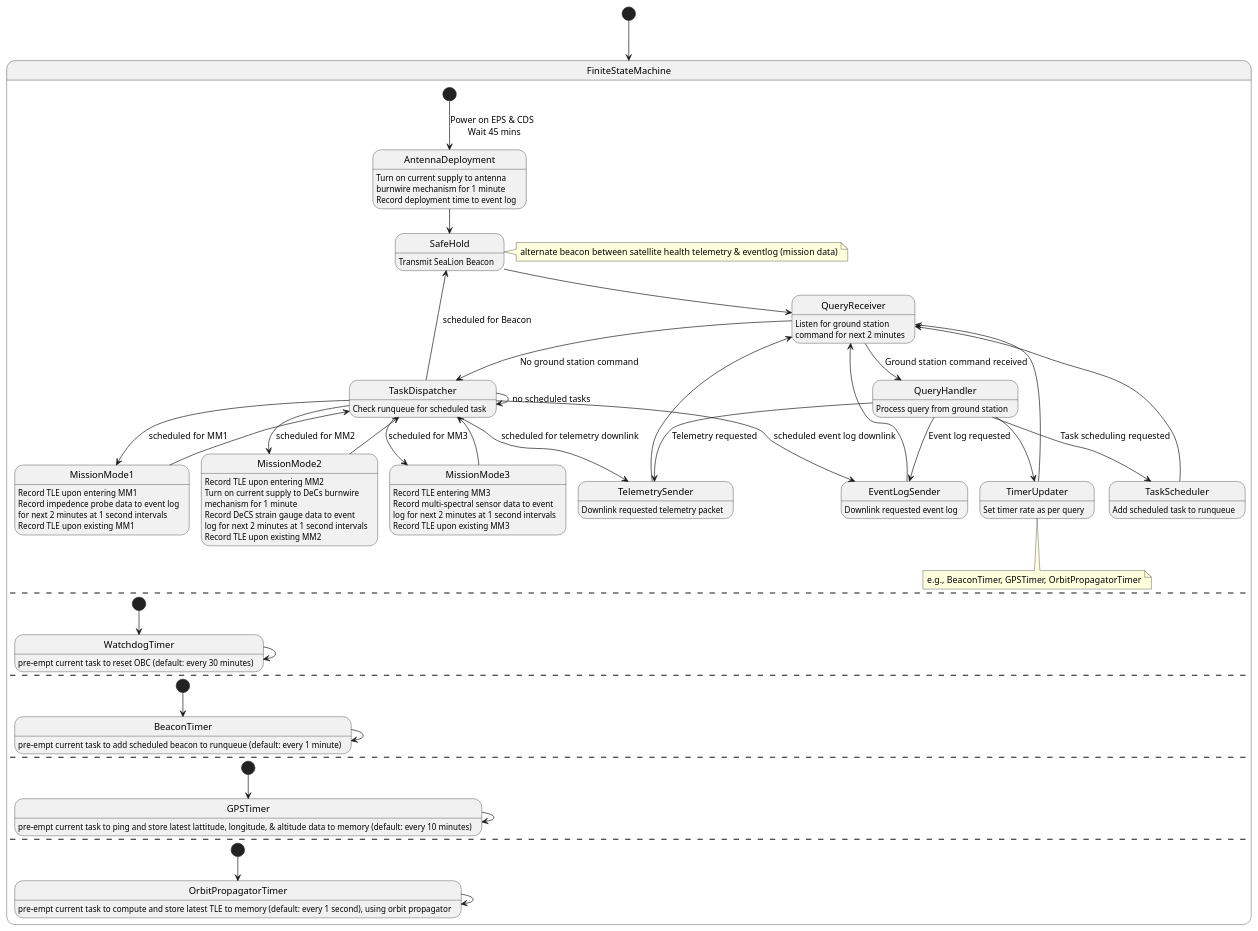
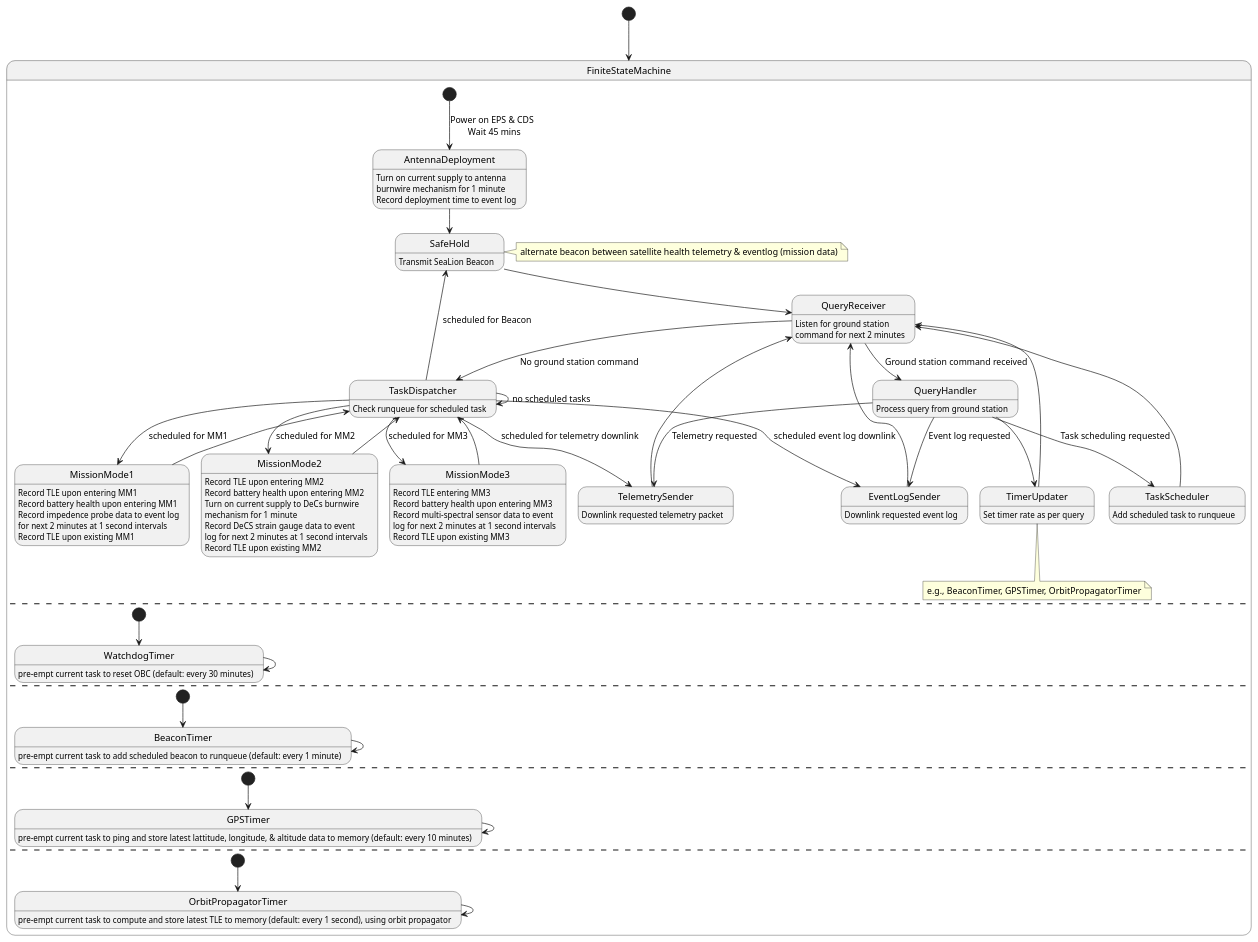
One commit to ODU-CGA-CubeSat/FSW changed the diagram in fsw-architecture/operating-mode-as-fsm.puml. Above: the diagram before and after it, drawn with PlantUML.

Commit message:
-Added activitty to record battery health upon entering mission mode

```diff
--- a/fsw-architecture/operating-mode-as-fsm.puml
+++ b/fsw-architecture/operating-mode-as-fsm.puml
@@ -1,90 +1,93 @@
 @startuml
 
 [*] --> FiniteStateMachine
 state FiniteStateMachine {
       state AntennaDeployment
             AntennaDeployment : Turn on current supply to antenna
             AntennaDeployment : burnwire mechanism for 1 minute
             AntennaDeployment : Record deployment time to event log
       state SafeHold
             SafeHold : Transmit SeaLion Beacon
       note right of SafeHold : alternate beacon between satellite health telemetry & eventlog (mission data)
       state QueryReceiver
             QueryReceiver : Listen for ground station
             QueryReceiver : command for next 2 minutes
       state TelemetrySender
             TelemetrySender : Downlink requested telemetry packet
       state EventLogSender
             EventLogSender : Downlink requested event log
       state TimerUpdater
       TimerUpdater : Set timer rate as per query
       note bottom of TimerUpdater : e.g., BeaconTimer, GPSTimer, OrbitPropagatorTimer
       state MissionMode1
             MissionMode1 : Record TLE upon entering MM1
+            MissionMode1 : Record battery health upon entering MM1
             MissionMode1 : Record impedence probe data to event log
             MissionMode1 : for next 2 minutes at 1 second intervals
             MissionMode1 : Record TLE upon existing MM1
       state MissionMode2
             MissionMode2 : Record TLE upon entering MM2
+            MissionMode2 : Record battery health upon entering MM2
             MissionMode2 : Turn on current supply to DeCs burnwire
             MissionMode2 : mechanism for 1 minute
             MissionMode2 : Record DeCS strain gauge data to event
             MissionMode2 : log for next 2 minutes at 1 second intervals
             MissionMode2 : Record TLE upon existing MM2
       state MissionMode3
             MissionMode3 : Record TLE entering MM3
+            MissionMode3 : Record battery health upon entering MM3
             MissionMode3 : Record multi-spectral sensor data to event
             MissionMode3 : log for next 2 minutes at 1 second intervals
             MissionMode3 : Record TLE upon existing MM3
       state TaskDispatcher
             TaskDispatcher : Check runqueue for scheduled task
       state QueryHandler
             QueryHandler : Process query from ground station
       state TaskScheduler
             TaskScheduler : Add scheduled task to runqueue
 
       [*] --> AntennaDeployment : Power on EPS & CDS \n Wait 45 mins
       AntennaDeployment --> SafeHold
       SafeHold --> QueryReceiver
       QueryReceiver --> QueryHandler : Ground station command received
       QueryHandler --> TelemetrySender : Telemetry requested
       QueryHandler --> EventLogSender : Event log requested
       QueryHandler --> TaskScheduler : Task scheduling requested
       QueryHandler --> TimerUpdater
       TimerUpdater --> QueryReceiver
       TelemetrySender --> QueryReceiver
       EventLogSender --> QueryReceiver
       TaskScheduler --> QueryReceiver
       QueryReceiver --> TaskDispatcher : No ground station command
       TaskDispatcher --> TaskDispatcher : no scheduled tasks
       TaskDispatcher --> MissionMode1 : scheduled for MM1
       TaskDispatcher --> MissionMode2 : scheduled for MM2
       TaskDispatcher --> MissionMode3 : scheduled for MM3
       TaskDispatcher --> EventLogSender : scheduled event log downlink
       TaskDispatcher --> TelemetrySender : scheduled for telemetry downlink
       TaskDispatcher --> SafeHold : scheduled for Beacon
       MissionMode1 --> TaskDispatcher
       MissionMode2 --> TaskDispatcher
       MissionMode3 --> TaskDispatcher
       --
       state WatchdogTimer
             WatchdogTimer : pre-empt current task to reset OBC (default: every 30 minutes)
       [*] --> WatchdogTimer
       WatchdogTimer --> WatchdogTimer
       --
       state BeaconTimer
             BeaconTimer : pre-empt current task to add scheduled beacon to runqueue (default: every 1 minute)
       [*] --> BeaconTimer
       BeaconTimer --> BeaconTimer
       --
       state GPSTimer
             GPSTimer : pre-empt current task to ping and store latest lattitude, longitude, & altitude data to memory (default: every 10 minutes)
       [*] --> GPSTimer
       GPSTimer --> GPSTimer
       --
       state OrbitPropagatorTimer
             OrbitPropagatorTimer : pre-empt current task to compute and store latest TLE to memory (default: every 1 second), using orbit propagator
       [*] --> OrbitPropagatorTimer
       OrbitPropagatorTimer --> OrbitPropagatorTimer
 }
 @enduml
```
